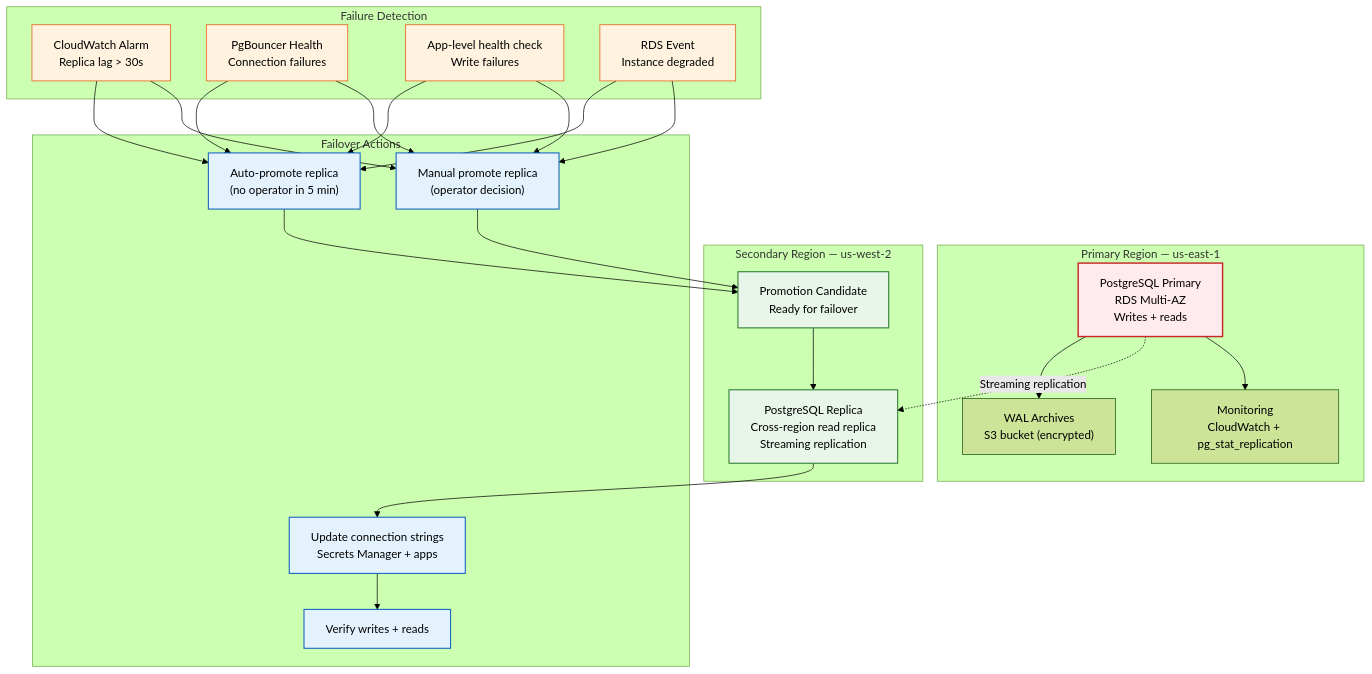
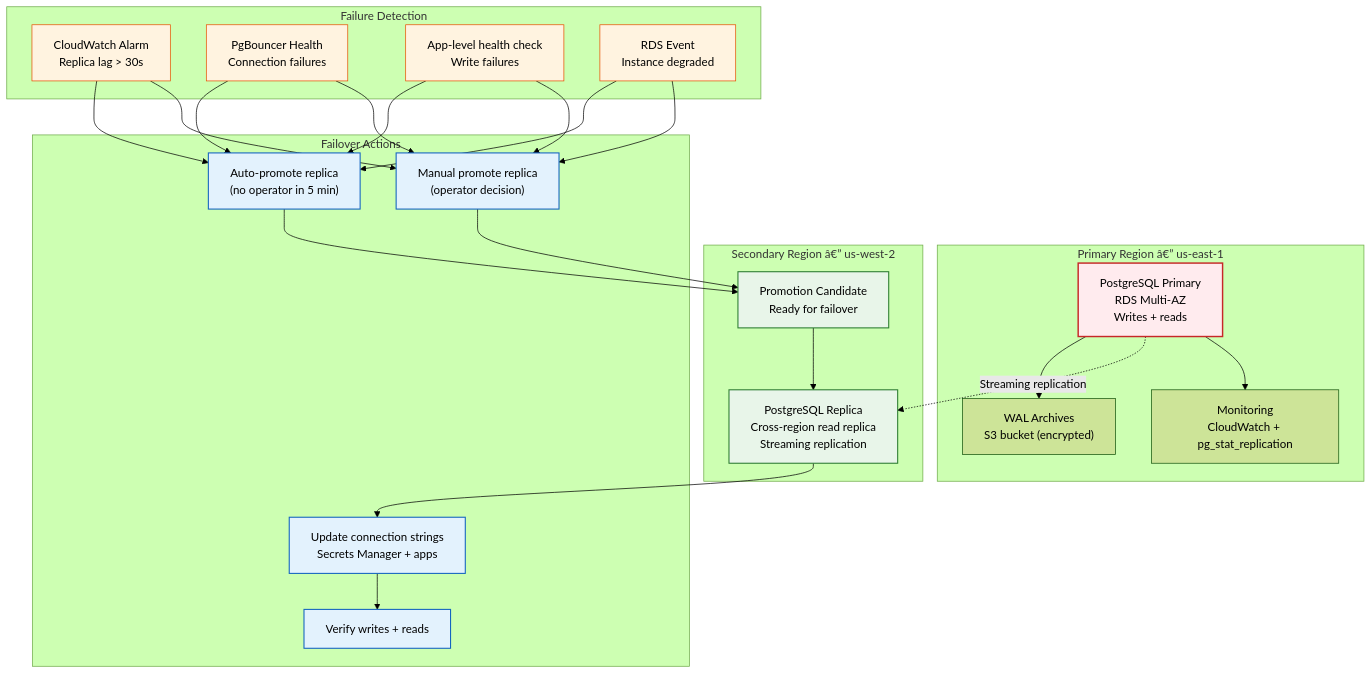
Before and after one commit to Driftloom/Vaeloom: the diagram in Docs/Operations/Runbooks/DB-Failover.md, drawn with Mermaid (forest theme). The commit also changed other lines of this file and 249 other files, not shown here.

````diff
--- a/Docs/Operations/Runbooks/DB-Failover.md
+++ b/Docs/Operations/Runbooks/DB-Failover.md
@@ -18,44 +18,44 @@
 ```mermaid
 graph TD
     classDef primary fill:#ffebee,stroke:#c62828,color:#000,stroke-width:2px
     classDef replica fill:#e8f5e9,stroke:#2e7d32,color:#000,stroke-width:1.5px
     classDef action fill:#e3f2fd,stroke:#1565c0,color:#000,stroke-width:1.5px
     classDef monitor fill:#fff3e0,stroke:#e65100,color:#000,stroke-width:1px
 
-    subgraph PrimaryRegion["Primary Region — us-east-1"]
+    subgraph PrimaryRegion["Primary Region â€” us-east-1"]
         PG1["PostgreSQL Primary<br/>RDS Multi-AZ<br/>Writes + reads"]
         WAL["WAL Archives<br/>S3 bucket (encrypted)"]
         MON["Monitoring<br/>CloudWatch + pg_stat_replication"]
     end
 
-    subgraph SecondaryRegion["Secondary Region — us-west-2"]
+    subgraph SecondaryRegion["Secondary Region â€” us-west-2"]
         PG2["PostgreSQL Replica<br/>Cross-region read replica<br/>Streaming replication"]
         PROMO["Promotion Candidate<br/>Ready for failover"]
     end
 
     subgraph Detection["Failure Detection"]
         D1["CloudWatch Alarm<br/>Replica lag > 30s"]
         D2["PgBouncer Health<br/>Connection failures"]
         D3["App-level health check<br/>Write failures"]
         D4["RDS Event<br/>Instance degraded"]
     end
 
     subgraph Actions["Failover Actions"]
         A1["Auto-promote replica<br/>(no operator in 5 min)"]
         A2["Manual promote replica<br/>(operator decision)"]
         A3["Update connection strings<br/>Secrets Manager + apps"]
         A4["Verify writes + reads"]
     end
 
     PG1 --> WAL
     PG1 -.->|Streaming replication| PG2
     PG1 --> MON
     D1 & D2 & D3 & D4 --> A1 & A2
     A1 & A2 --> PROMO --> PG2
     PG2 --> A3 --> A4
 
     class PG1 primary
     class PG2,PROMO replica
     class A1,A2,A3,A4 action
     class D1,D2,D3,D4 monitor
 ```
````
